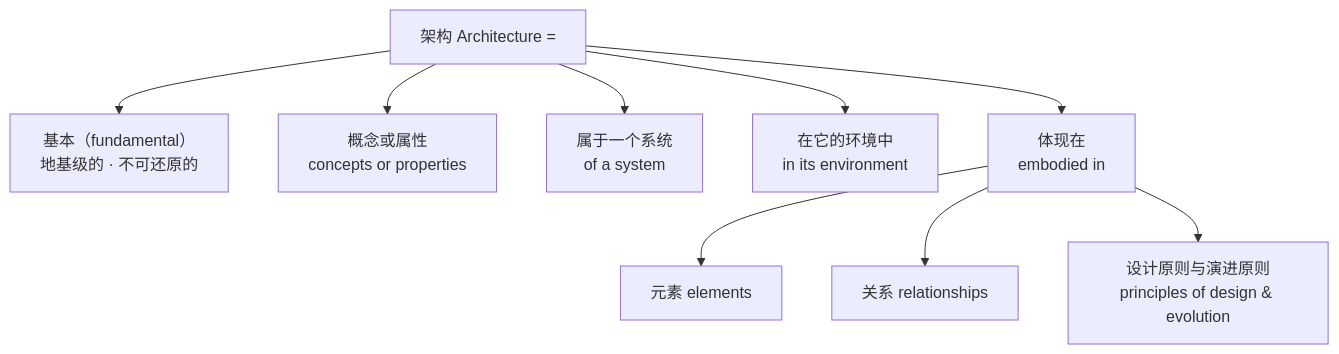
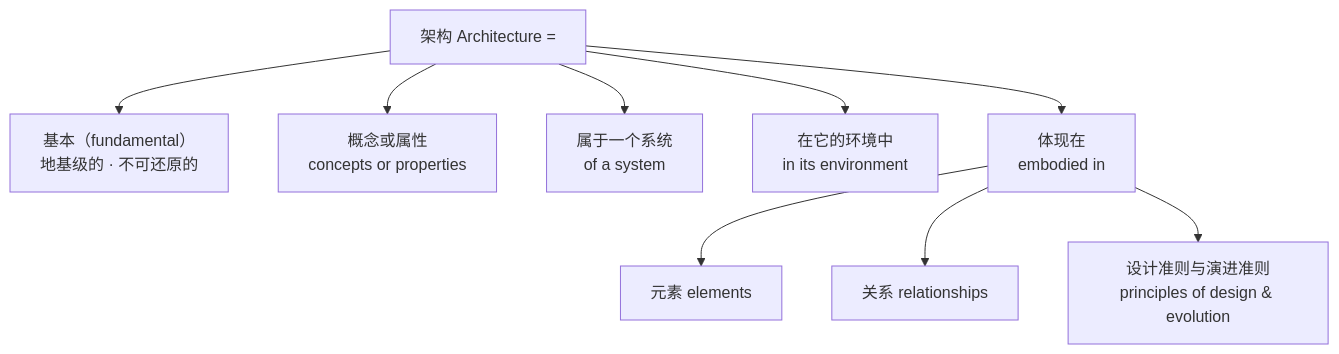
The first of 5 diagrams in 50-reserch/教材书/09-第9章-架构.md (Yongjunzhou/AOS-system-design), drawn with Mermaid before and after one commit. The commit also changed other lines of this file and 17 other files, not shown here.

````diff
--- a/50-reserch/教材书/09-第9章-架构.md
+++ b/50-reserch/教材书/09-第9章-架构.md
@@ -84,11 +84,11 @@
 ```mermaid
 flowchart TD
     A["架构 Architecture ="] --> B["基本（fundamental）<br/>地基级的 · 不可还原的"]
     A --> C["概念或属性<br/>concepts or properties"]
     A --> D["属于一个系统<br/>of a system"]
     A --> E["在它的环境中<br/>in its environment"]
     A --> F["体现在<br/>embodied in"]
     F --> G["元素 elements"]
     F --> H["关系 relationships"]
-    F --> I["设计原则与演进原则<br/>principles of design & evolution"]
+    F --> I["设计准则与演进准则<br/>principles of design & evolution"]
 ```
````
